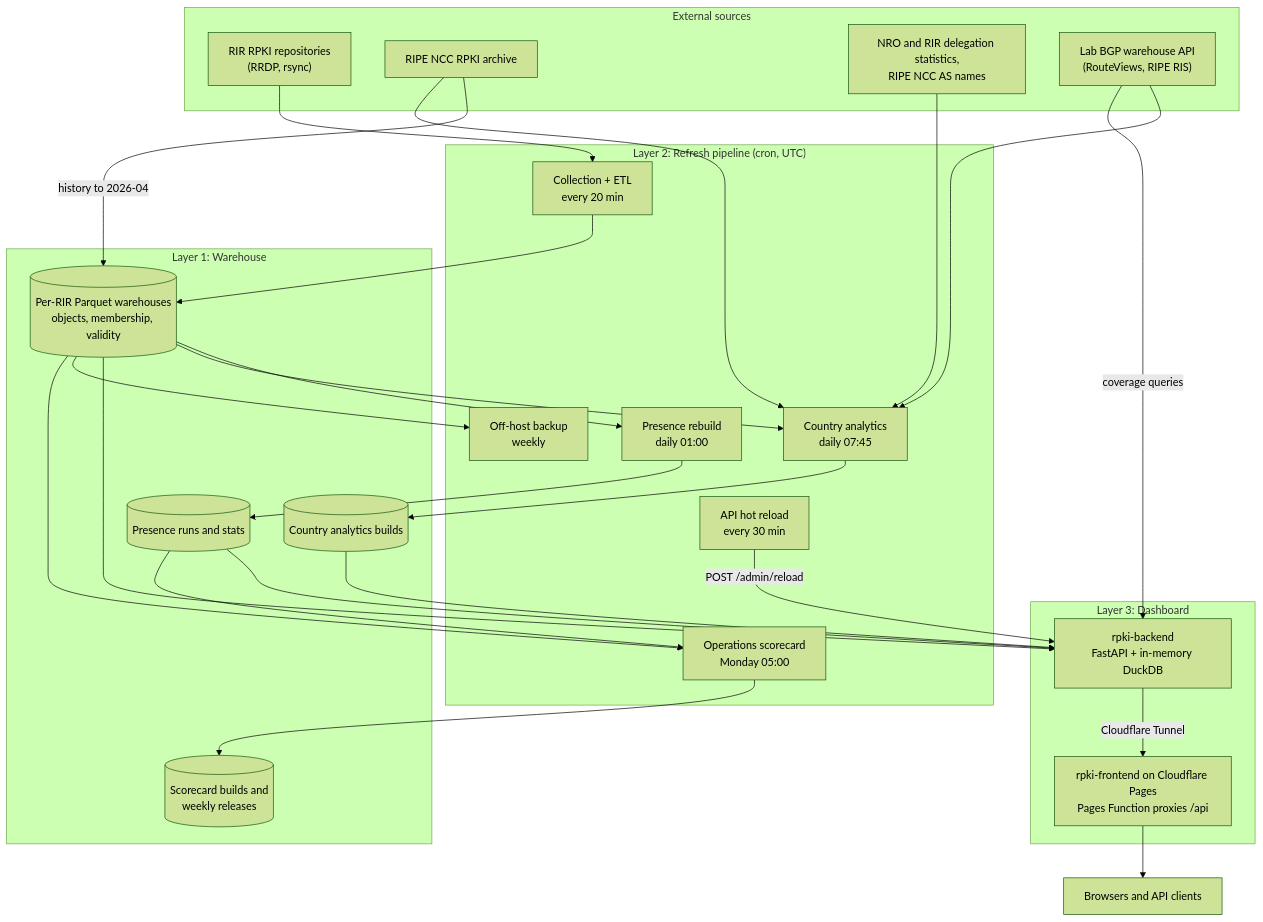
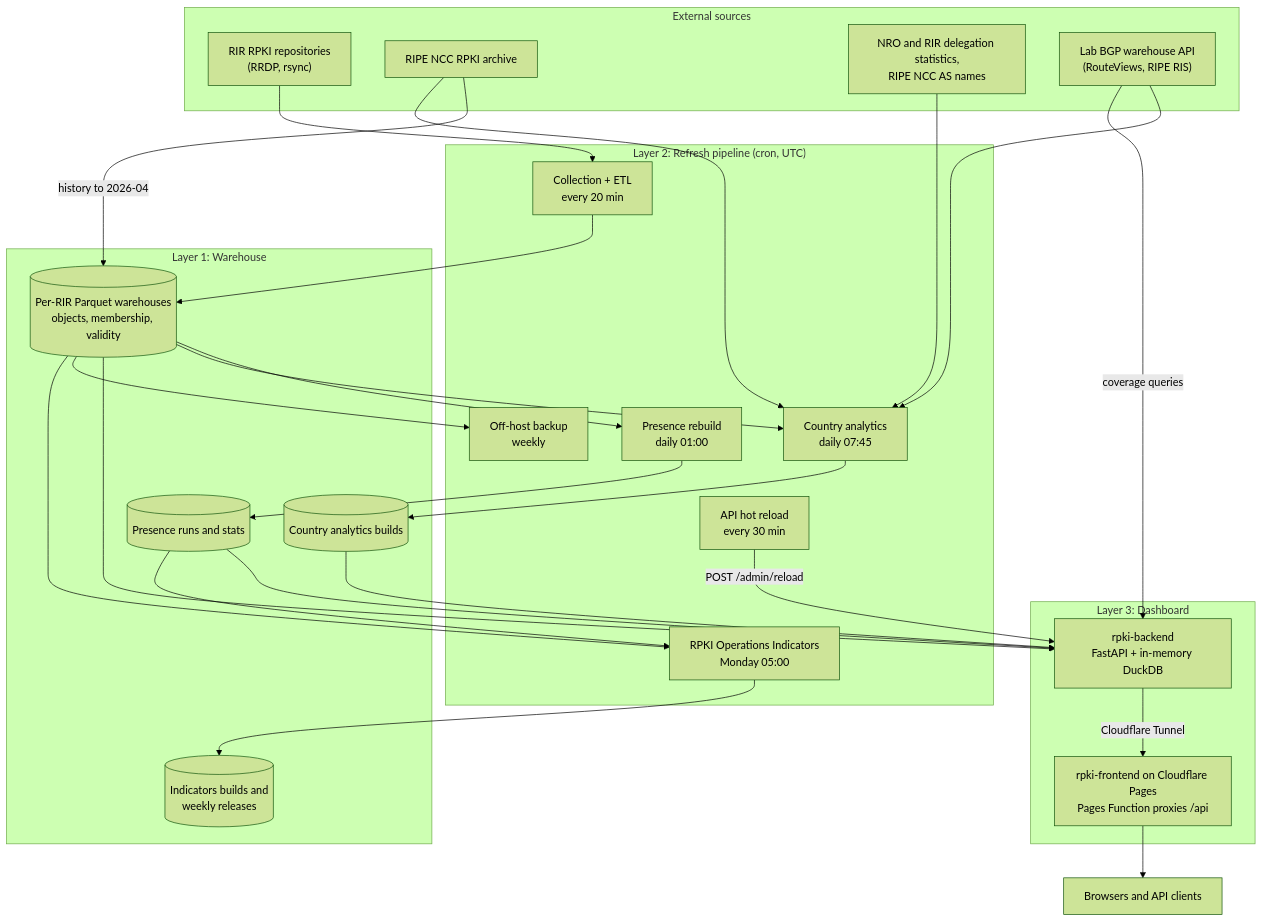
One commit to taejoong/rpki-health changed the diagram in ARCHITECTURE.md. Above: the diagram before and after it, drawn with Mermaid (forest theme). The commit also changed other lines of this file and 6 other files, not shown here.

````diff
--- a/ARCHITECTURE.md
+++ b/ARCHITECTURE.md
@@ -36,37 +36,37 @@
 ```mermaid
 flowchart TB
   subgraph EXT["External sources"]
     REPOS["RIR RPKI repositories<br/>(RRDP, rsync)"]
     ARCHIVE["RIPE NCC RPKI archive"]
     DELEG["NRO and RIR delegation statistics,<br/>RIPE NCC AS names"]
     BGP["Lab BGP warehouse API<br/>(RouteViews, RIPE RIS)"]
   end
   subgraph L1["Layer 1: Warehouse"]
     WH[("Per-RIR Parquet warehouses<br/>objects, membership, validity")]
     PRES[("Presence runs and stats")]
     CBUILD[("Country analytics builds")]
-    SBUILD[("Scorecard builds and<br/>weekly releases")]
+    SBUILD[("Indicators builds and<br/>weekly releases")]
   end
   subgraph L2["Layer 2: Refresh pipeline (cron, UTC)"]
     CYCLE["Collection + ETL<br/>every 20 min"]
     PBUILD["Presence rebuild<br/>daily 01:00"]
     COUNTRY["Country analytics<br/>daily 07:45"]
     RELOAD["API hot reload<br/>every 30 min"]
     BACKUP["Off-host backup<br/>weekly"]
-    SCORE["Operations scorecard<br/>Monday 05:00"]
+    SCORE["RPKI Operations Indicators<br/>Monday 05:00"]
   end
   subgraph L3["Layer 3: Dashboard"]
     API["rpki-backend<br/>FastAPI + in-memory DuckDB"]
     PAGES["rpki-frontend on Cloudflare Pages<br/>Pages Function proxies /api"]
   end
   REPOS --> CYCLE --> WH
   ARCHIVE -->|"history to 2026-04"| WH
   WH --> PBUILD --> PRES
   WH & ARCHIVE & DELEG & BGP --> COUNTRY --> CBUILD
   RELOAD -->|"POST /admin/reload"| API
   WH & PRES & CBUILD --> API
   BGP -->|"coverage queries"| API
   WH --> BACKUP
   WH & PRES --> SCORE --> SBUILD
   API -->|"Cloudflare Tunnel"| PAGES --> USERS["Browsers and API clients"]
 ```
````
